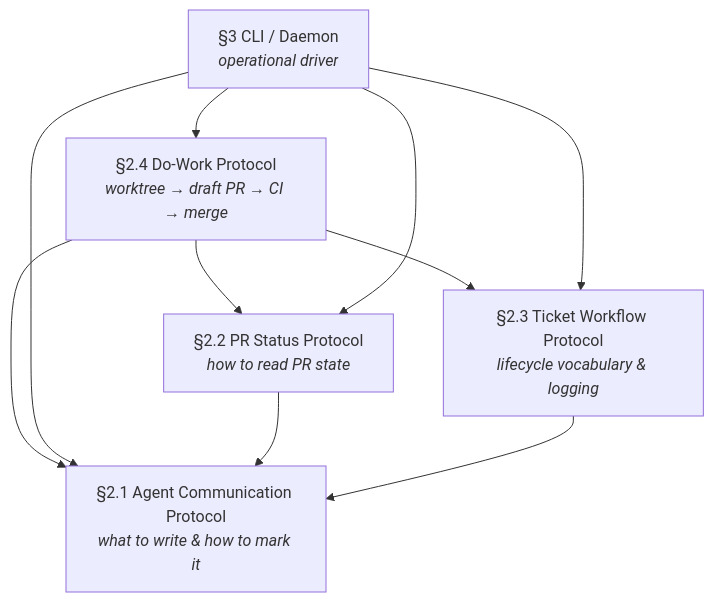
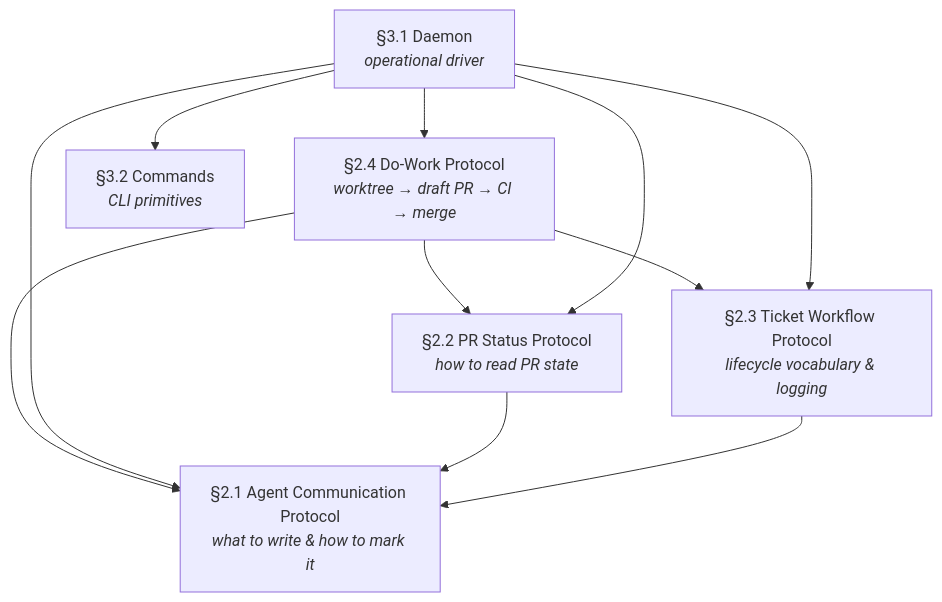
One commit to ianwremmel/agentic changed the diagram in docs/spec/01-introduction.md. Above: the diagram before and after it, drawn with Mermaid. The commit also changed other lines of this file and 1 other file, not shown here.

First line of the commit message:
docs(spec): fix table alignment; split §3 into daemon and commands

````diff
--- a/docs/spec/01-introduction.md
+++ b/docs/spec/01-introduction.md
@@ -105,18 +106,20 @@
 ```mermaid
 graph TD
     ACP["§2.1 Agent Communication Protocol<br/><i>what to write &amp; how to mark it</i>"]
     PSP["§2.2 PR Status Protocol<br/><i>how to read PR state</i>"]
     TWP["§2.3 Ticket Workflow Protocol<br/><i>lifecycle vocabulary &amp; logging</i>"]
     DWP["§2.4 Do-Work Protocol<br/><i>worktree → draft PR → CI → merge</i>"]
-    CLI["§3 CLI / Daemon<br/><i>operational driver</i>"]
+    DMN["§3.1 Daemon<br/><i>operational driver</i>"]
+    CMD["§3.2 Commands<br/><i>CLI primitives</i>"]
 
     DWP --> ACP
     DWP --> PSP
     DWP --> TWP
-    CLI --> ACP
-    CLI --> PSP
-    CLI --> TWP
-    CLI --> DWP
+    DMN --> ACP
+    DMN --> PSP
+    DMN --> TWP
+    DMN --> DWP
+    DMN --> CMD
     PSP --> ACP
     TWP --> ACP
 ```
````
